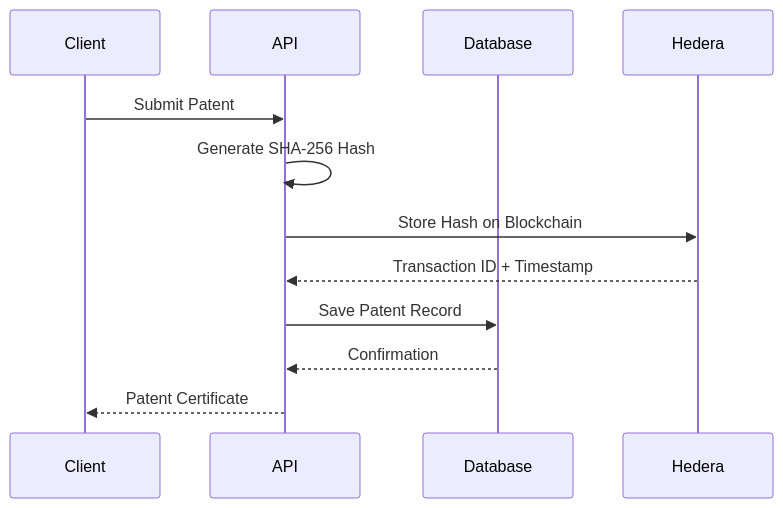
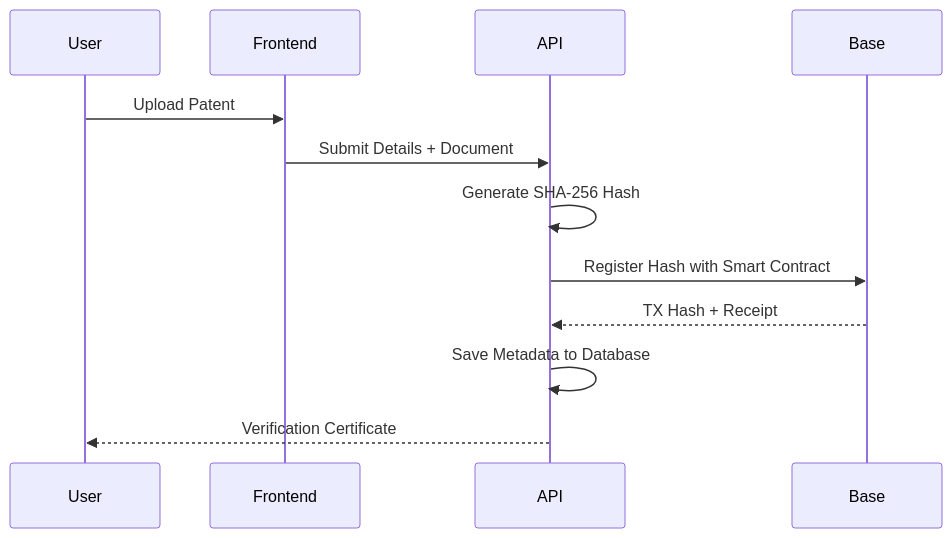
Before and after one commit to Phisherman-0/patent_hash_api: the diagram in README.md, drawn with Mermaid. The commit also changed other lines of this file and 78 other files, not shown here.

Commit message:
Updated the project from using Hedera to Base. Also simplified the wallet connection and patenting process

````diff
--- a/README.md
+++ b/README.md
@@ -60,15 +41,15 @@
 ```mermaid
 sequenceDiagram
-    participant Client
+    participant User
+    participant Frontend
     participant API
-    participant Database
-    participant Hedera
+    participant Base
     
-    Client->>API: Submit Patent
+    User->>Frontend: Upload Patent
+    Frontend->>API: Submit Details + Document
     API->>API: Generate SHA-256 Hash
-    API->>Hedera: Store Hash on Blockchain
-    Hedera-->>API: Transaction ID + Timestamp
-    API->>Database: Save Patent Record
-    Database-->>API: Confirmation
-    API-->>Client: Patent Certificate
+    API->>Base: Register Hash with Smart Contract
+    Base-->>API: TX Hash + Receipt
+    API->>API: Save Metadata to Database
+    API-->>User: Verification Certificate
 ```
````
